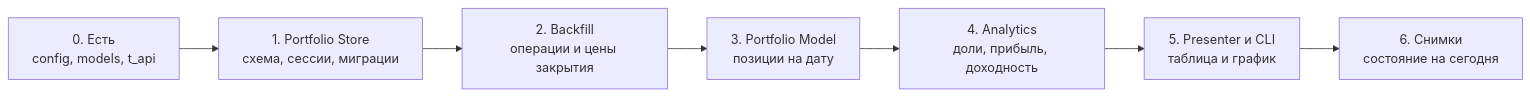
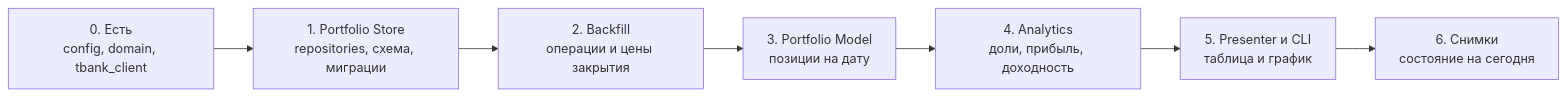
The third of 15 diagrams in docs/arch/logic_arch.md (alexande-popov/T-I), drawn with Mermaid before and after one commit. The commit also changed other lines of this file and 3 other files, not shown here.

````diff
--- a/docs/arch/logic_arch.md
+++ b/docs/arch/logic_arch.md
@@ -386,12 +450,12 @@
 ```mermaid
 flowchart LR
-    E0["0. Есть<br/>config, models, t_api"]
-    E1["1. Portfolio Store<br/>схема, сессии, миграции"]
+    E0["0. Есть<br/>config, domain, tbank_client"]
+    E1["1. Portfolio Store<br/>repositories, схема, миграции"]
     E2["2. Backfill<br/>операции и цены закрытия"]
     E3["3. Portfolio Model<br/>позиции на дату"]
     E4["4. Analytics<br/>доли, прибыль, доходность"]
     E5["5. Presenter и CLI<br/>таблица и график"]
     E6["6. Снимки<br/>состояние на сегодня"]
 
     E0 --> E1 --> E2 --> E3 --> E4 --> E5 --> E6
 ```
````
